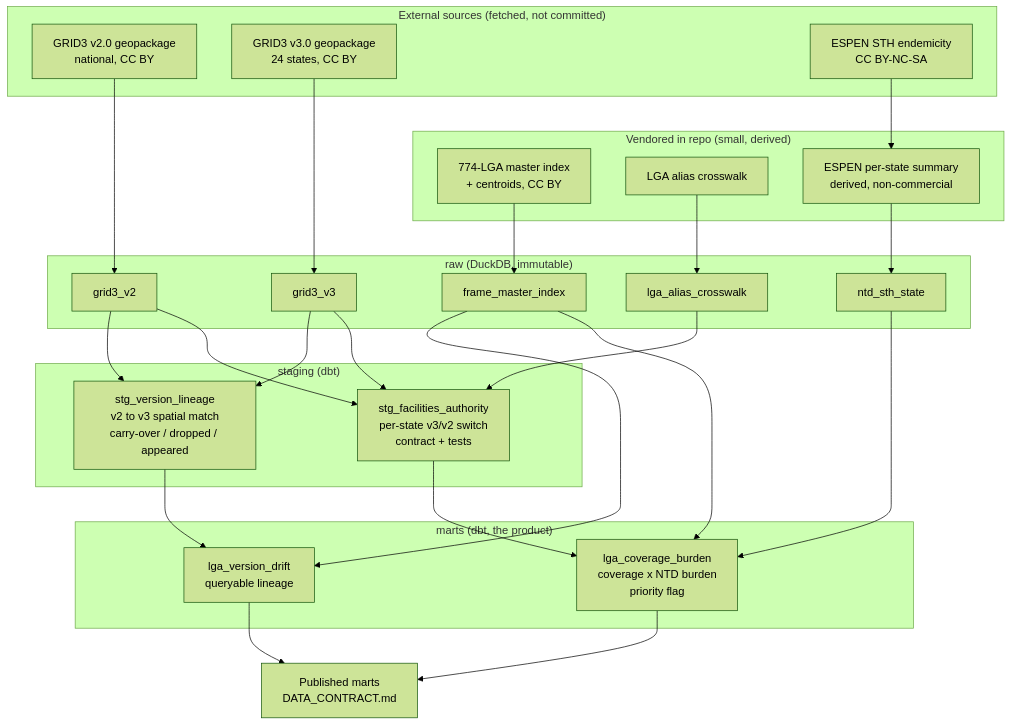
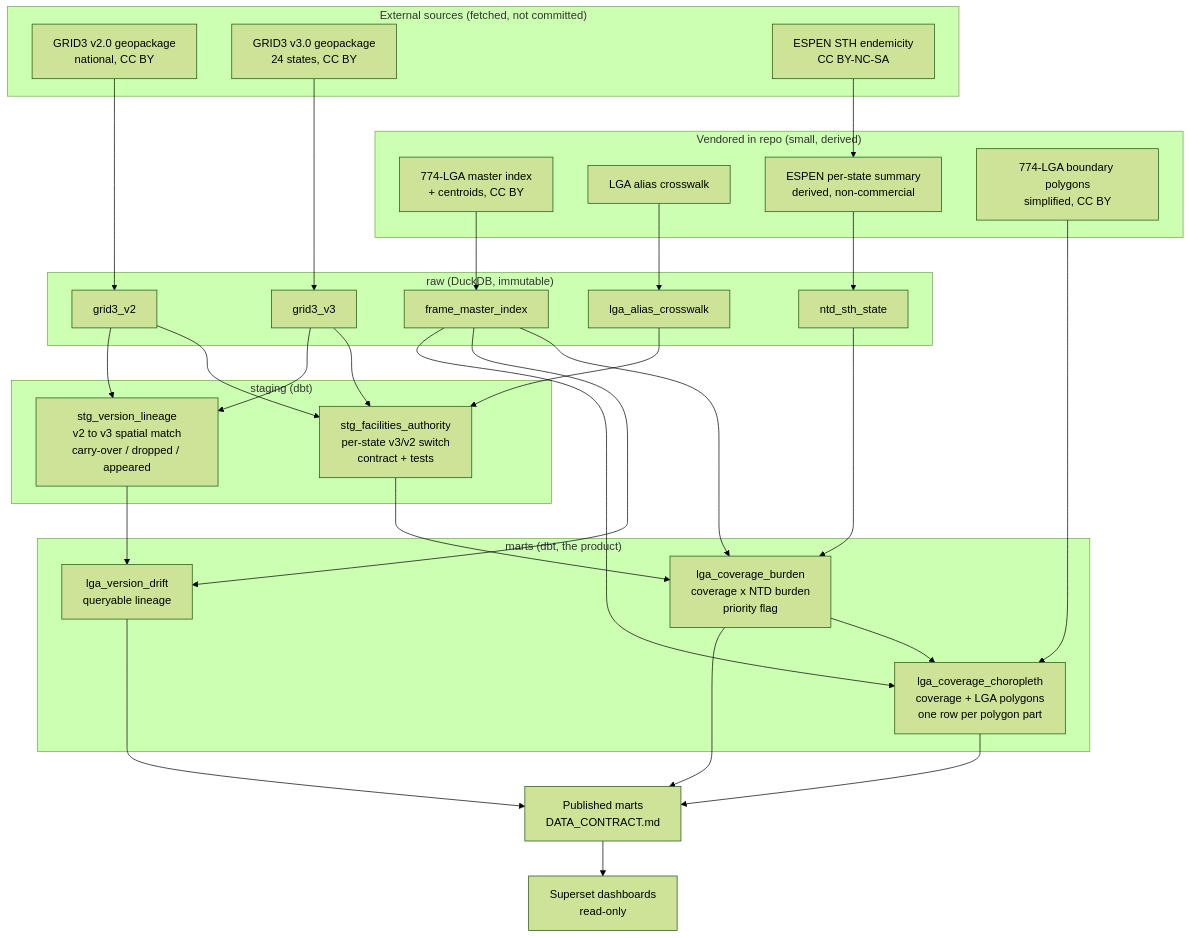
Before and after one commit to Behordeun/nigeria-facility-register: the first of 3 diagrams in docs/ARCHITECTURE.md, drawn with Mermaid (forest theme). The commit also changed other lines of this file and 2 other files, not shown here.

Commit message:
Bring the data contract and architecture docs in line with the choropleth
DATA_CONTRACT.md described two serving marts and gave the choropleth's
geometry column a json type and a one-row-per-LGA grain. What shipped is
three marts, varchar geometry, an undocumented geometry_feature column,
and one row per boundary polygon part (800 rows over the 774 LGAs), since
the vendored boundaries are exploded to single Polygons. Record the real
grain and warn against summing coverage across choropleth rows.

Add the boundary polygons, the choropleth mart and the read-only Superset
layer to the architecture data-flow diagram and layer table.

````diff
--- a/docs/ARCHITECTURE.md
+++ b/docs/ARCHITECTURE.md
@@ -7,53 +7,61 @@
 ```mermaid
 flowchart TD
     subgraph sources["External sources (fetched, not committed)"]
         G2["GRID3 v2.0 geopackage<br/>national, CC BY"]
         G3["GRID3 v3.0 geopackage<br/>24 states, CC BY"]
         ES["ESPEN STH endemicity<br/>CC BY-NC-SA"]
     end
 
     subgraph vendored["Vendored in repo (small, derived)"]
         FR["774-LGA master index<br/>+ centroids, CC BY"]
         XW["LGA alias crosswalk"]
         NB["ESPEN per-state summary<br/>derived, non-commercial"]
+        GEO["774-LGA boundary polygons<br/>simplified, CC BY"]
     end
 
     subgraph raw["raw (DuckDB, immutable)"]
         R2["grid3_v2"]
         R3["grid3_v3"]
         RF["frame_master_index"]
         RX["lga_alias_crosswalk"]
         RN["ntd_sth_state"]
     end
 
     subgraph staging["staging (dbt)"]
         AUTH["stg_facilities_authority<br/>per-state v3/v2 switch<br/>contract + tests"]
         LIN["stg_version_lineage<br/>v2 to v3 spatial match<br/>carry-over / dropped / appeared"]
     end
 
     subgraph marts["marts (dbt, the product)"]
         COV["lga_coverage_burden<br/>coverage x NTD burden<br/>priority flag"]
         LINM["lga_version_drift<br/>queryable lineage"]
+        CHO["lga_coverage_choropleth<br/>coverage + LGA polygons<br/>one row per polygon part"]
     end
 
     G2 --> R2
     G3 --> R3
     FR --> RF
     XW --> RX
     ES --> NB --> RN
 
     R2 --> AUTH
     R3 --> AUTH
     R2 --> LIN
     R3 --> LIN
     RX --> AUTH
 
     AUTH --> COV
     RF --> COV
     RN --> COV
     LIN --> LINM
     RF --> LINM
 
+    COV --> CHO
+    RF --> CHO
+    GEO --> CHO
+
     COV --> OUT["Published marts<br/>DATA_CONTRACT.md"]
     LINM --> OUT
+    CHO --> OUT
+    OUT --> BI["Superset dashboards<br/>read-only"]
 ```
````
